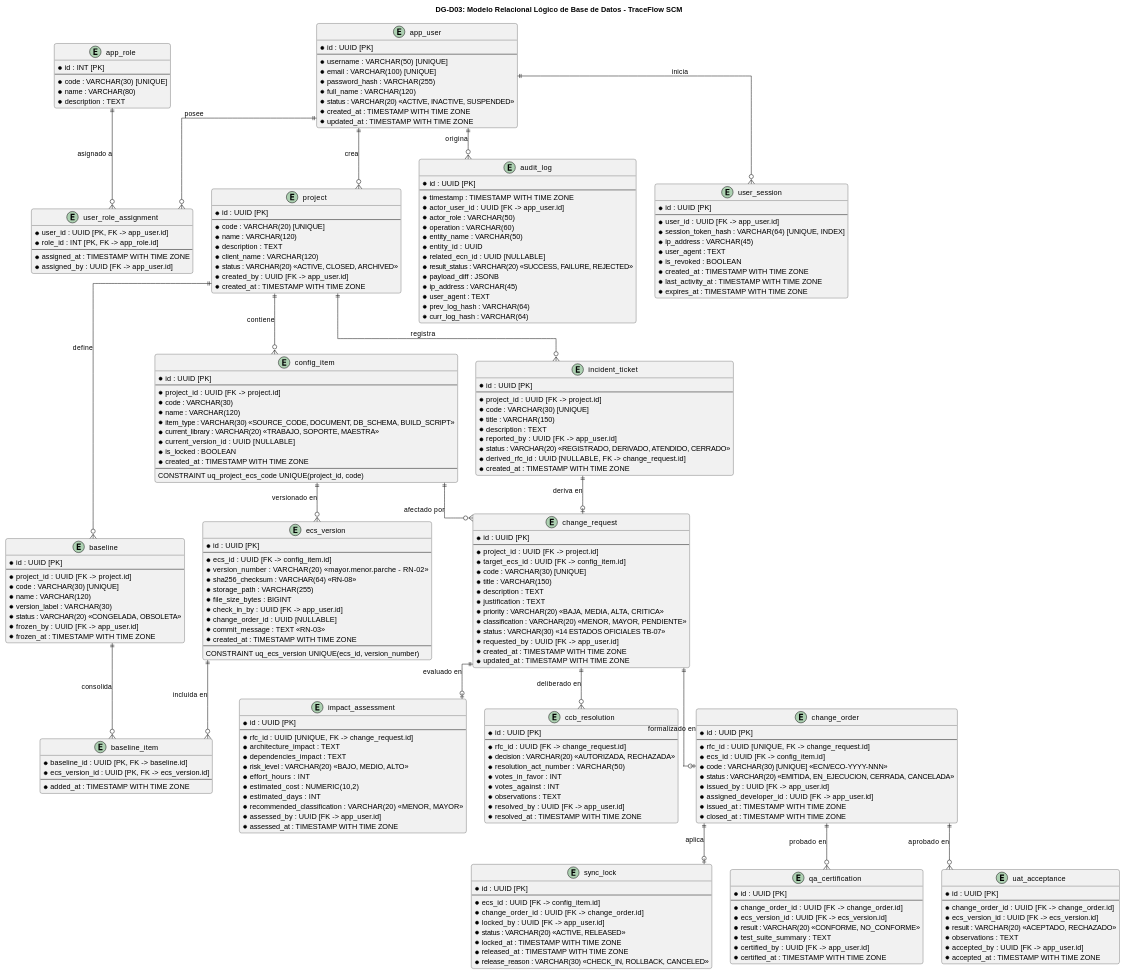
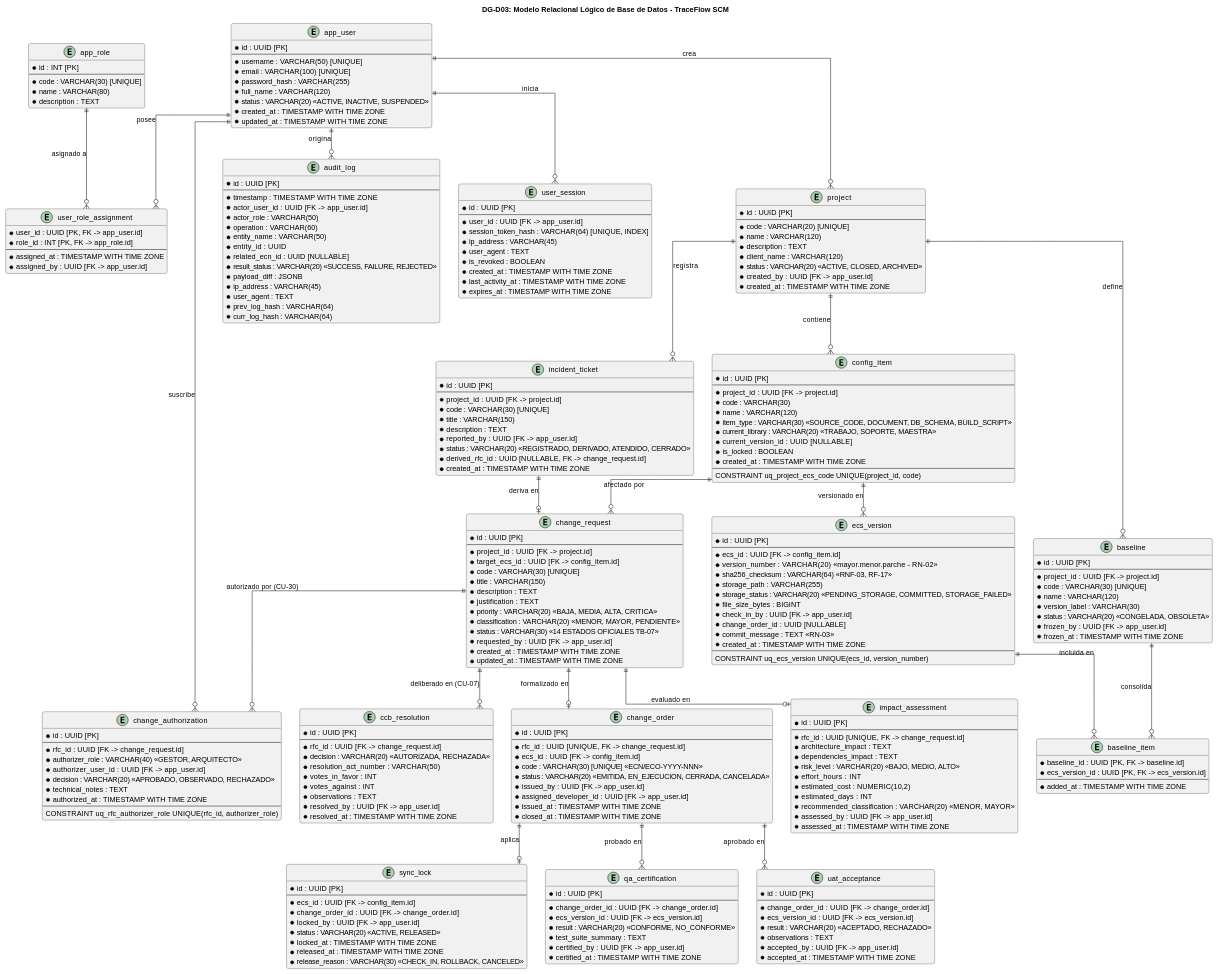
One commit to JMedina255/TraceFlow changed the third of 15 diagrams in FD05-EPIS-Informe_SAD_Diseno.md. Above: the diagram before and after it, drawn with PlantUML. The commit also changed other lines of this file and 6 other files, not shown here.

````diff
--- a/FD05-EPIS-Informe_SAD_Diseno.md
+++ b/FD05-EPIS-Informe_SAD_Diseno.md
@@ -732,8 +735,9 @@
     --
     * ecs_id : UUID [FK -> config_item.id]
     * version_number : VARCHAR(20) <<mayor.menor.parche - RN-02>>
-    * sha256_checksum : VARCHAR(64) <<RN-08>>
+    * sha256_checksum : VARCHAR(64) <<RNF-03, RF-17>>
     * storage_path : VARCHAR(255)
+    * storage_status : VARCHAR(20) <<PENDING_STORAGE, COMMITTED, STORAGE_FAILED>>
     * file_size_bytes : BIGINT
     * check_in_by : UUID [FK -> app_user.id]
     * change_order_id : UUID [NULLABLE]
@@ -786,6 +790,19 @@
     * observations : TEXT
     * resolved_by : UUID [FK -> app_user.id]
     * resolved_at : TIMESTAMP WITH TIME ZONE
+}
+
+entity "change_authorization" as change_authorization {
+    * id : UUID [PK]
+    --
+    * rfc_id : UUID [FK -> change_request.id]
+    * authorizer_role : VARCHAR(40) <<GESTOR, ARQUITECTO>>
+    * authorizer_user_id : UUID [FK -> app_user.id]
+    * decision : VARCHAR(20) <<APROBADO, OBSERVADO, RECHAZADO>>
+    * technical_notes : TEXT
+    * authorized_at : TIMESTAMP WITH TIME ZONE
+    --
+    CONSTRAINT uq_rfc_authorizer_role UNIQUE(rfc_id, authorizer_role)
 }
 
 entity "change_order" as change_order {
@@ -894,7 +911,8 @@
 config_item ||--o{ ecs_version : "versionado en"
 config_item ||--o{ change_request : "afectado por"
 change_request ||--o| impact_assessment : "evaluado en"
-change_request ||--o{ ccb_resolution : "deliberado en"
+change_request ||--o{ ccb_resolution : "deliberado en (CU-07)"
+change_request ||--o{ change_authorization : "autorizado por (CU-30)"
 change_request ||--o| change_order : "formalizado en"
 change_order ||--o| sync_lock : "aplica"
 change_order ||--o{ qa_certification : "probado en"
@@ -905,6 +923,7 @@
 project ||--o{ incident_ticket : "registra"
 incident_ticket ||--o| change_request : "deriva en"
 app_user ||--o{ audit_log : "origina"
+app_user ||--o{ change_authorization : "suscribe"
 
 @enduml
 ```
````
